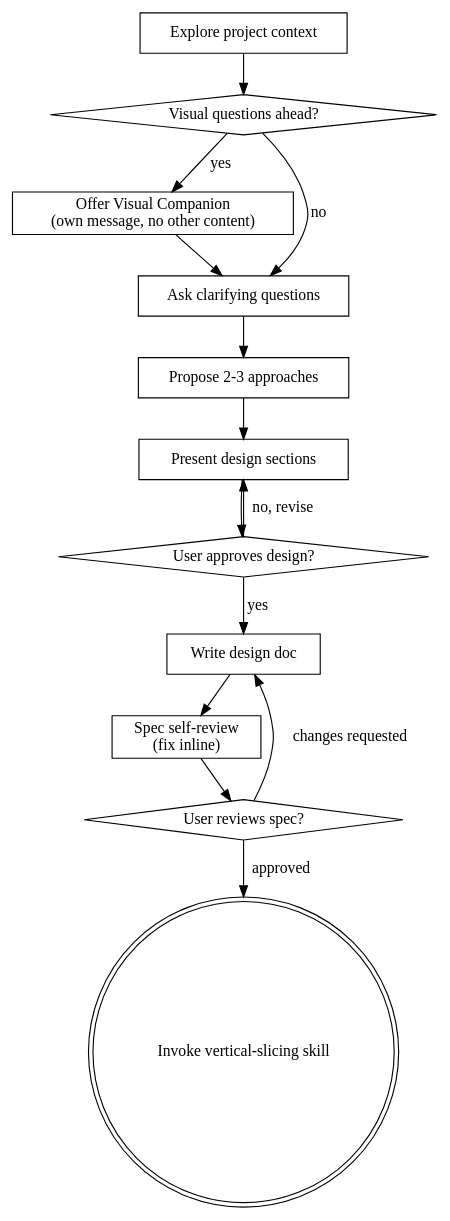
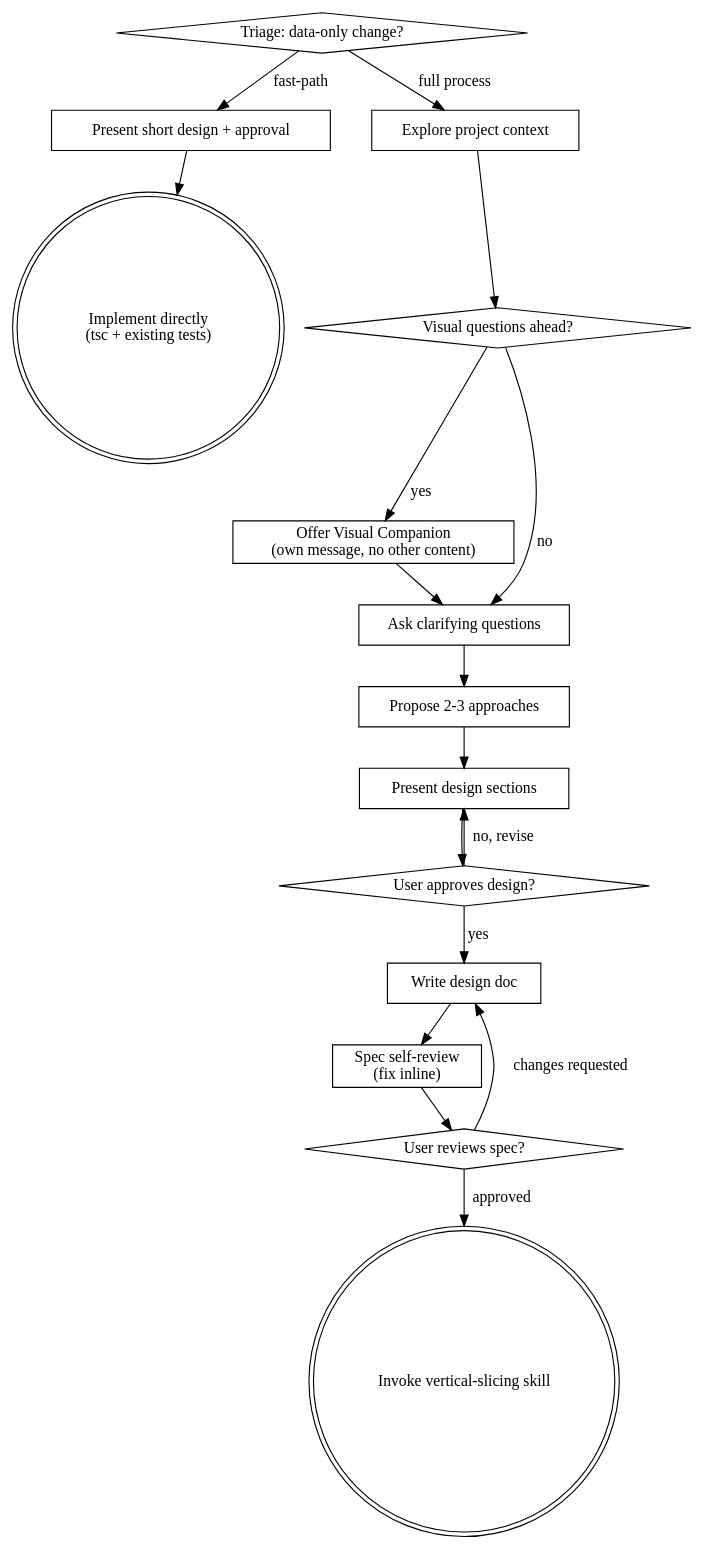
One commit to Haemeok/Capstone-frontend changed the diagram in .claude/skills/brainstorming/SKILL.md. Above: the diagram before and after it, drawn with Graphviz. The commit also changed other lines of this file, not shown here.

First line of the commit message:
docs(skills): add data-only fast-path triage to brainstorming

````diff
--- a/.claude/skills/brainstorming/SKILL.md
+++ b/.claude/skills/brainstorming/SKILL.md
@@ -38,29 +55,36 @@
 ```dot
 digraph brainstorming {
+    "Triage: data-only change?" [shape=diamond];
+    "Present short design + approval" [shape=box];
+    "Implement directly\n(tsc + existing tests)" [shape=doublecircle];
+    "Triage: data-only change?" -> "Present short design + approval" [label="fast-path"];
+    "Present short design + approval" -> "Implement directly\n(tsc + existing tests)";
+    "Triage: data-only change?" -> "Explore project context" [label="full process"];
+
     "Explore project context" [shape=box];
     "Visual questions ahead?" [shape=diamond];
     "Offer Visual Companion\n(own message, no other content)" [shape=box];
     "Ask clarifying questions" [shape=box];
     "Propose 2-3 approaches" [shape=box];
     "Present design sections" [shape=box];
     "User approves design?" [shape=diamond];
     "Write design doc" [shape=box];
     "Spec self-review\n(fix inline)" [shape=box];
     "User reviews spec?" [shape=diamond];
     "Invoke vertical-slicing skill" [shape=doublecircle];
 
     "Explore project context" -> "Visual questions ahead?";
     "Visual questions ahead?" -> "Offer Visual Companion\n(own message, no other content)" [label="yes"];
     "Visual questions ahead?" -> "Ask clarifying questions" [label="no"];
     "Offer Visual Companion\n(own message, no other content)" -> "Ask clarifying questions";
     "Ask clarifying questions" -> "Propose 2-3 approaches";
     "Propose 2-3 approaches" -> "Present design sections";
     "Present design sections" -> "User approves design?";
     "User approves design?" -> "Present design sections" [label="no, revise"];
     "User approves design?" -> "Write design doc" [label="yes"];
     "Write design doc" -> "Spec self-review\n(fix inline)";
     "Spec self-review\n(fix inline)" -> "User reviews spec?";
     "User reviews spec?" -> "Write design doc" [label="changes requested"];
     "User reviews spec?" -> "Invoke vertical-slicing skill" [label="approved"];
 }
 ```
````
